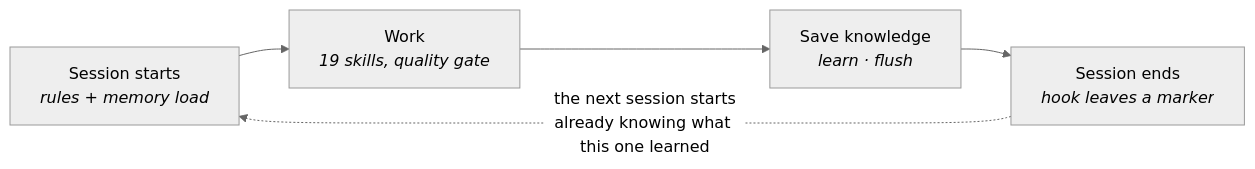
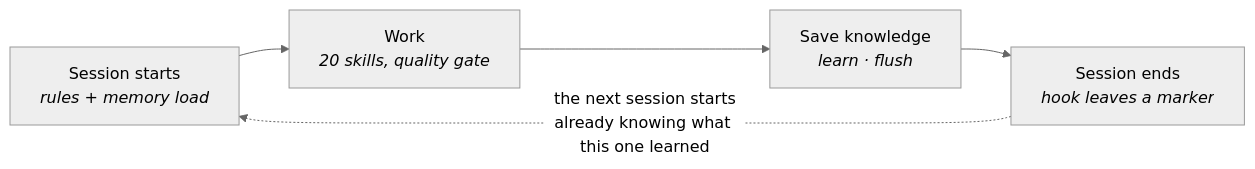
Before and after one commit to selawood-web/claude-code-generic-guide: the first of 4 diagrams in SYSTEM-OVERVIEW.md, drawn with Mermaid (neutral theme). The commit also changed other lines of this file and 5 other files, not shown here.

````diff
--- a/SYSTEM-OVERVIEW.md
+++ b/SYSTEM-OVERVIEW.md
@@ -36,7 +36,7 @@
 ```mermaid
 flowchart LR
-    A["Session starts<br/><i>rules + memory load</i>"] --> B["Work<br/><i>19 skills, quality gate</i>"]
+    A["Session starts<br/><i>rules + memory load</i>"] --> B["Work<br/><i>20 skills, quality gate</i>"]
     B --> C["Save knowledge<br/><i>learn · flush</i>"]
     C --> D["Session ends<br/><i>hook leaves a marker</i>"]
     D -. "the next session starts<br/>already knowing what this one learned" .-> A
 ```
````
